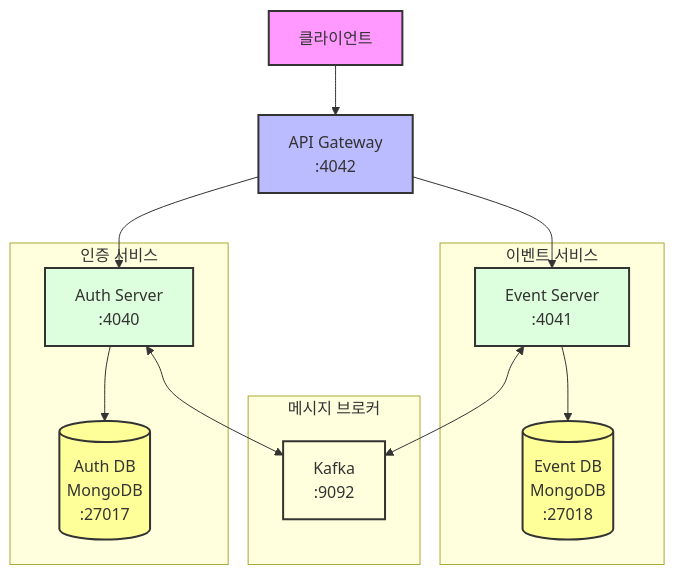
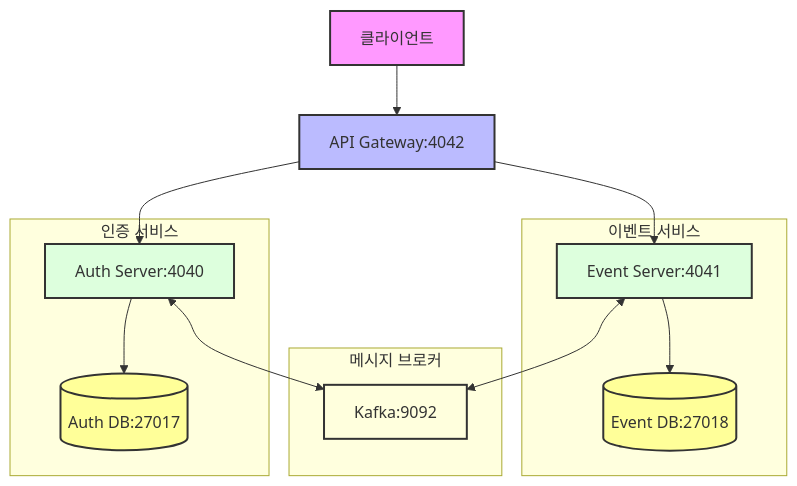
One commit to changchanghwang/event_reward changed the first of 17 diagrams in README.md. Above: the diagram before and after it, drawn with Mermaid.

Commit message:
docs: minor fix

````diff
--- a/README.md
+++ b/README.md
@@ -68,31 +68,31 @@
 ```mermaid
 flowchart TB
-    Client[클라이언트] --> Gateway[API Gateway\n:4042]
+    Client[클라이언트] --> Gateway[API Gateway:4042]
 
-    Gateway --> AuthServer[Auth Server\n:4040]
-    Gateway --> EventServer[Event Server\n:4041]
+    Gateway --> AuthServer[Auth Server:4040]
+    Gateway --> EventServer[Event Server:4041]
 
     subgraph Auth[인증 서비스]
-        AuthServer --> AuthDB[(Auth DB\nMongoDB\n:27017)]
+        AuthServer --> AuthDB[(Auth DB:27017)]
     end
 
     subgraph Message[메시지 브로커]
-        Kafka[Kafka\n:9092]
+        Kafka[Kafka:9092]
     end
 
     subgraph Event[이벤트 서비스]
-        EventServer --> EventDB[(Event DB\nMongoDB\n:27018)]
+        EventServer --> EventDB[(Event DB:27018)]
     end
 
 
     AuthServer <--> Kafka
     EventServer <--> Kafka
 
     style Client fill:#f9f,stroke:#333,stroke-width:2px
     style Gateway fill:#bbf,stroke:#333,stroke-width:2px
     style AuthServer fill:#dfd,stroke:#333,stroke-width:2px
     style EventServer fill:#dfd,stroke:#333,stroke-width:2px
     style Kafka fill:#ffd,stroke:#333,stroke-width:2px
     style AuthDB fill:#ff9,stroke:#333,stroke-width:2px
     style EventDB fill:#ff9,stroke:#333,stroke-width:2px
 ```
````
